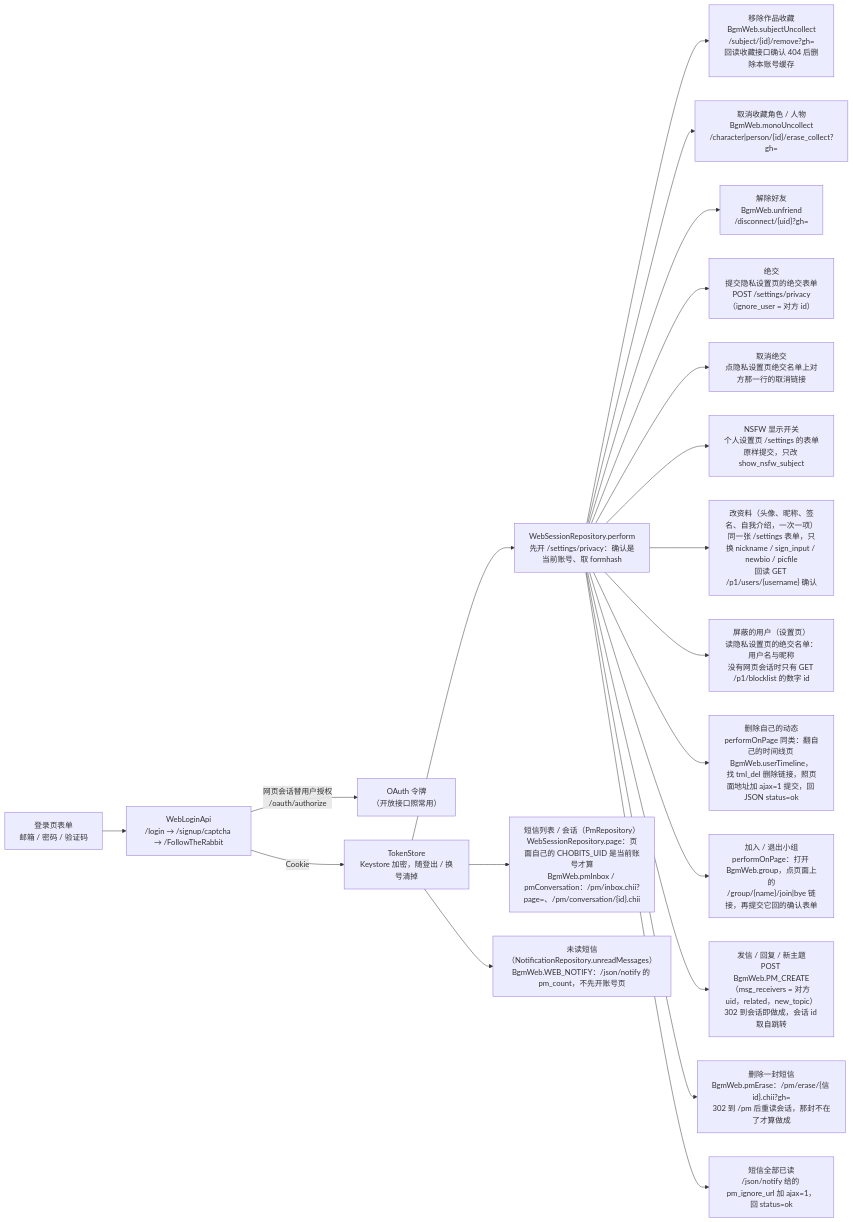
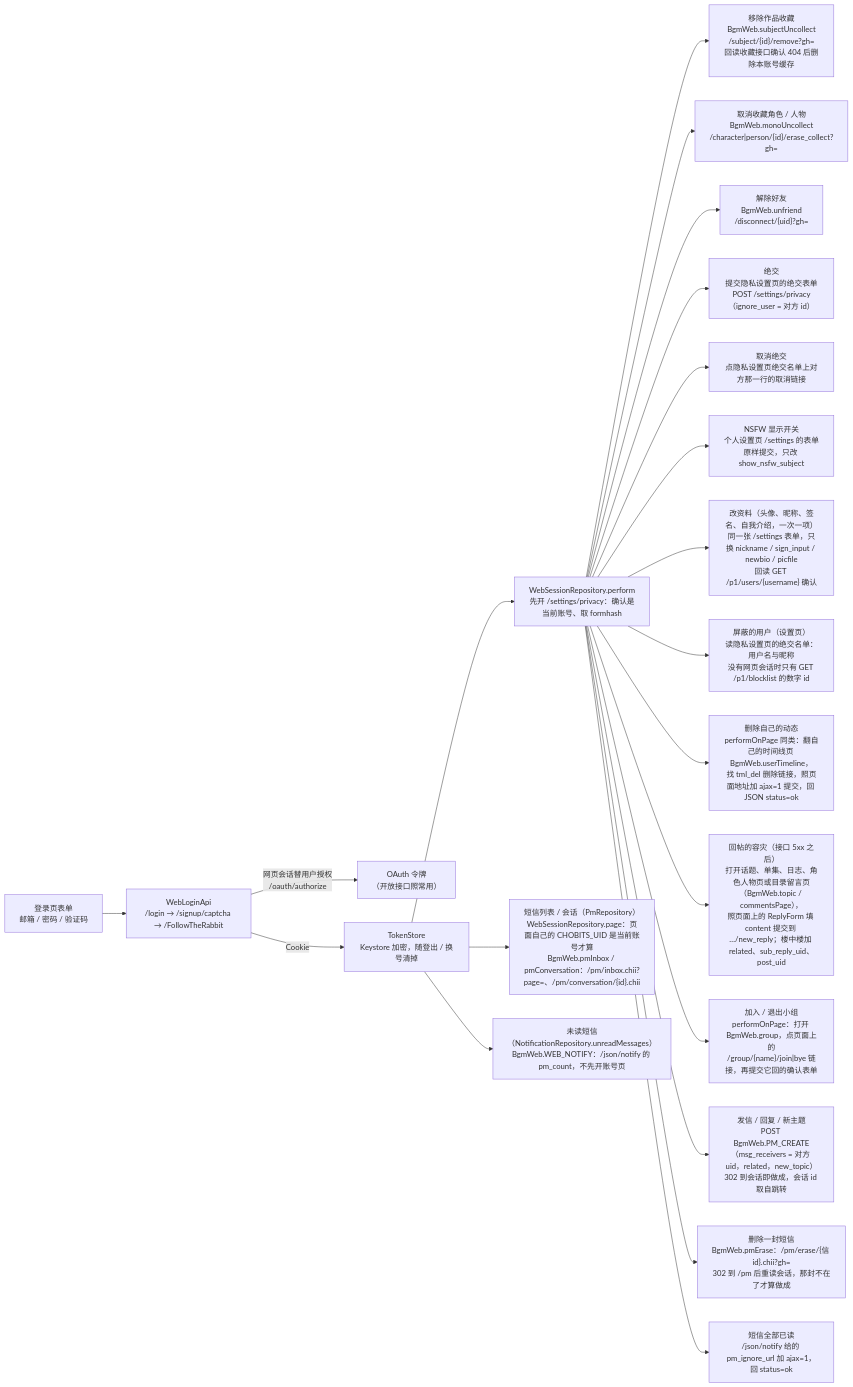
Before and after one commit to TouhouGO/Chogumi: the diagram in docs/dev/guide.md, drawn with Mermaid. The commit also changed other lines of this file and 24 other files, not shown here.

````diff
--- a/docs/dev/guide.md
+++ b/docs/dev/guide.md
@@ -119,22 +124,23 @@
 ```mermaid
 flowchart LR
     form["登录页表单<br/>邮箱 / 密码 / 验证码"] --> login["WebLoginApi<br/>/login → /signup/captcha → /FollowTheRabbit"]
     login -- "网页会话替用户授权<br/>/oauth/authorize" --> token["OAuth 令牌<br/>（开放接口照常用）"]
     login -- Cookie --> store["TokenStore<br/>Keystore 加密，随登出 / 换号清掉"]
     store --> session["WebSessionRepository.perform<br/>先开 /settings/privacy：确认是当前账号、取 formhash"]
     session --> subject["移除作品收藏<br/>BgmWeb.subjectUncollect<br/>/subject/{id}/remove?gh=<br/>回读收藏接口确认 404 后删除本账号缓存"]
     session --> mono["取消收藏角色 / 人物<br/>BgmWeb.monoUncollect<br/>/character|person/{id}/erase_collect?gh="]
     session --> friend["解除好友<br/>BgmWeb.unfriend<br/>/disconnect/{uid}?gh="]
     session --> block["绝交<br/>提交隐私设置页的绝交表单<br/>POST /settings/privacy（ignore_user = 对方 id）"]
     session --> unblock["取消绝交<br/>点隐私设置页绝交名单上对方那一行的取消链接"]
     session --> nsfw["NSFW 显示开关<br/>个人设置页 /settings 的表单原样提交，只改 show_nsfw_subject"]
     session --> profile["改资料（头像、昵称、签名、自我介绍，一次一项）<br/>同一张 /settings 表单，只换 nickname / sign_input / newbio / picfile<br/>回读 GET /p1/users/{username} 确认"]
     session --> blocklist["屏蔽的用户（设置页）<br/>读隐私设置页的绝交名单：用户名与昵称<br/>没有网页会话时只有 GET /p1/blocklist 的数字 id"]
     session --> tml["删除自己的动态<br/>performOnPage 同类：翻自己的时间线页 BgmWeb.userTimeline，<br/>找 tml_del 删除链接，照页面地址加 ajax=1 提交，回 JSON status=ok"]
+    session --> reply["回帖的容灾（接口 5xx 之后）<br/>打开话题、单集、日志、角色人物页或目录留言页（BgmWeb.topic / commentsPage），<br/>照页面上的 ReplyForm 填 content 提交到 …/new_reply；楼中楼加 related、sub_reply_uid、post_uid"]
     session --> group["加入 / 退出小组<br/>performOnPage：打开 BgmWeb.group，点页面上的<br/>/group/{name}/join|bye 链接，再提交它回的确认表单"]
     store --> pmRead["短信列表 / 会话（PmRepository）<br/>WebSessionRepository.page：页面自己的 CHOBITS_UID 是当前账号才算<br/>BgmWeb.pmInbox / pmConversation：/pm/inbox.chii?page=、/pm/conversation/{id}.chii"]
     session --> pmSend["发信 / 回复 / 新主题<br/>POST BgmWeb.PM_CREATE（msg_receivers = 对方 uid，related，new_topic）<br/>302 到会话即做成，会话 id 取自跳转"]
     session --> pmDelete["删除一封短信<br/>BgmWeb.pmErase：/pm/erase/{信 id}.chii?gh=<br/>302 到 /pm 后重读会话，那封不在了才算做成"]
     store --> pmUnread["未读短信（NotificationRepository.unreadMessages）<br/>BgmWeb.WEB_NOTIFY：/json/notify 的 pm_count，不先开账号页"]
     session --> pmReadAll["短信全部已读<br/>/json/notify 给的 pm_ignore_url 加 ajax=1，回 status=ok"]
 ```
````
